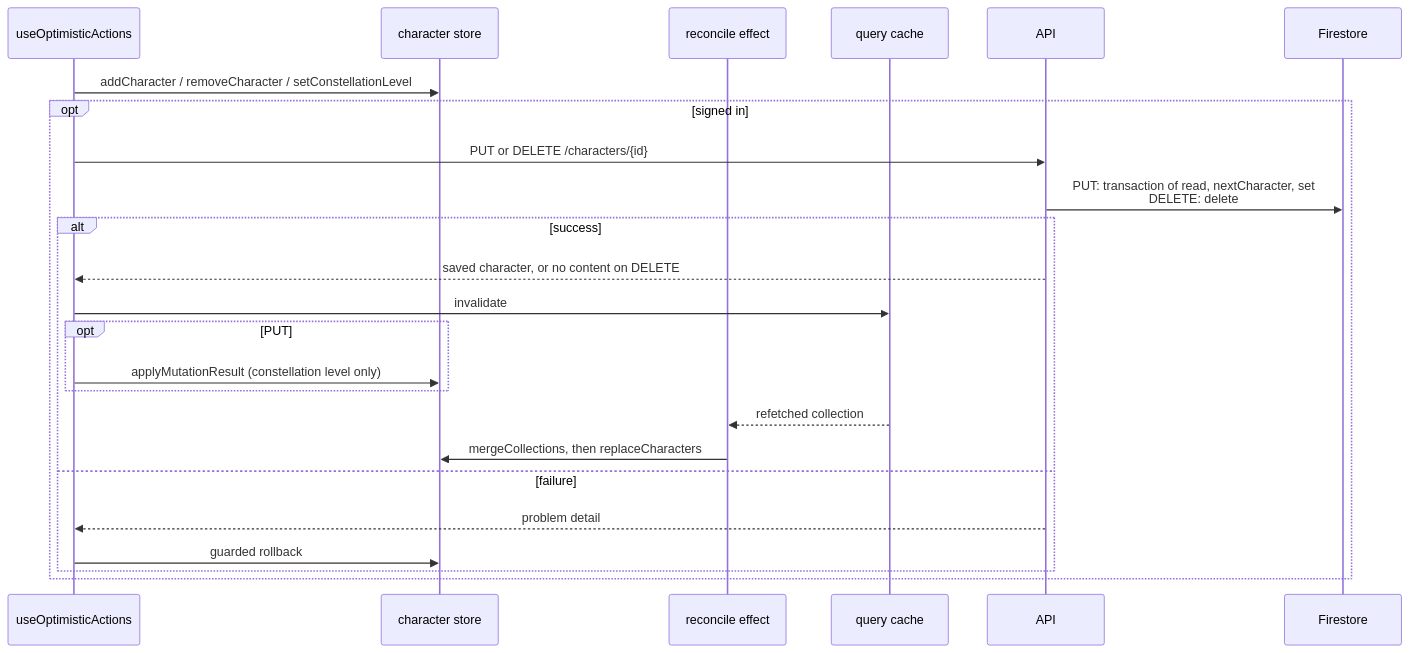
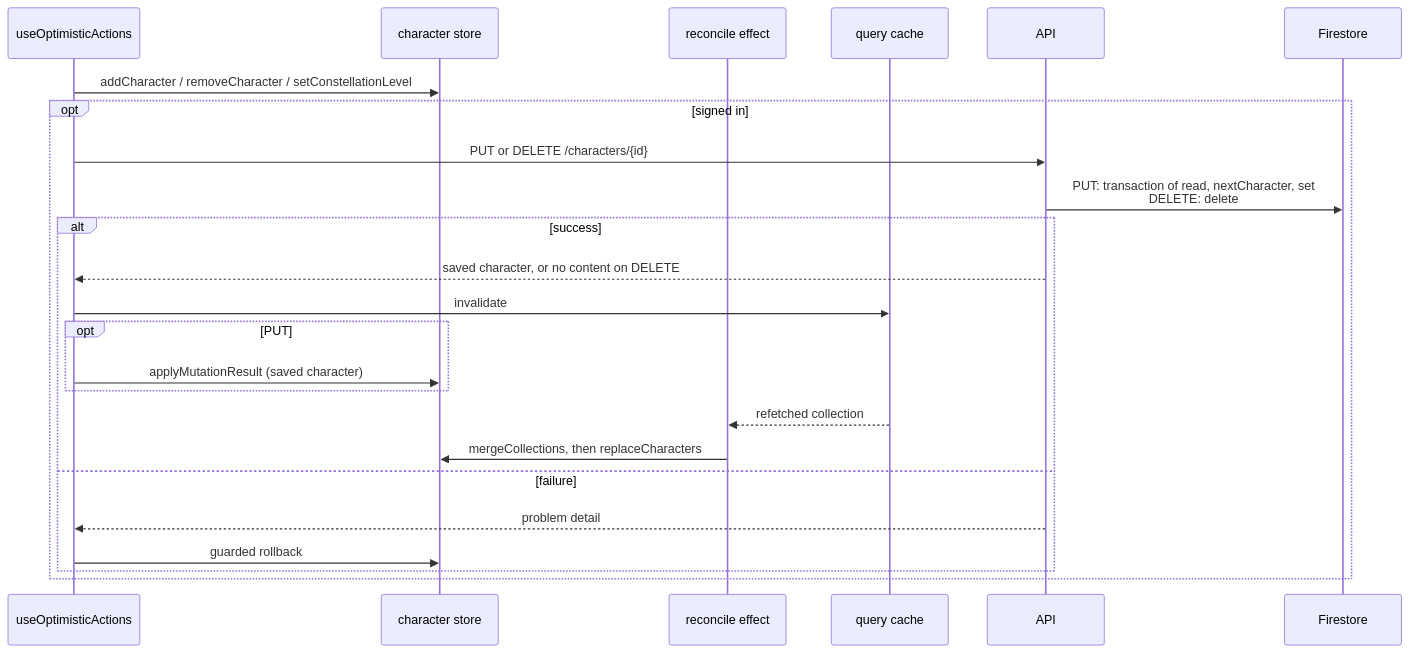
One commit to dungeon-studio/genshin.dungeon.studio changed the first of 4 diagrams in docs/reference/data-flow-write-paths.md. Above: the diagram before and after it, drawn with Mermaid. The commit also changed 3 other files, not shown here.

````diff
--- a/docs/reference/data-flow-write-paths.md
+++ b/docs/reference/data-flow-write-paths.md
@@ -40,27 +40,27 @@
 ```mermaid
 sequenceDiagram
   participant Hook as useOptimisticActions
   participant Store as character store
   participant Reconcile as reconcile effect
   participant Cache as query cache
   participant API as API
   participant FS as Firestore
 
   Hook->>Store: addCharacter / removeCharacter / setConstellationLevel
   opt signed in
     Hook->>API: PUT or DELETE /characters/{id}
     API->>FS: PUT: transaction of read, nextCharacter, set<br>DELETE: delete
     alt success
       API-->>Hook: saved character, or no content on DELETE
       Hook->>Cache: invalidate
       opt PUT
-        Hook->>Store: applyMutationResult (constellation level only)
+        Hook->>Store: applyMutationResult (saved character)
       end
       Cache-->>Reconcile: refetched collection
       Reconcile->>Store: mergeCollections, then replaceCharacters
     else failure
       API-->>Hook: problem detail
       Hook->>Store: guarded rollback
     end
   end
 ```
````
